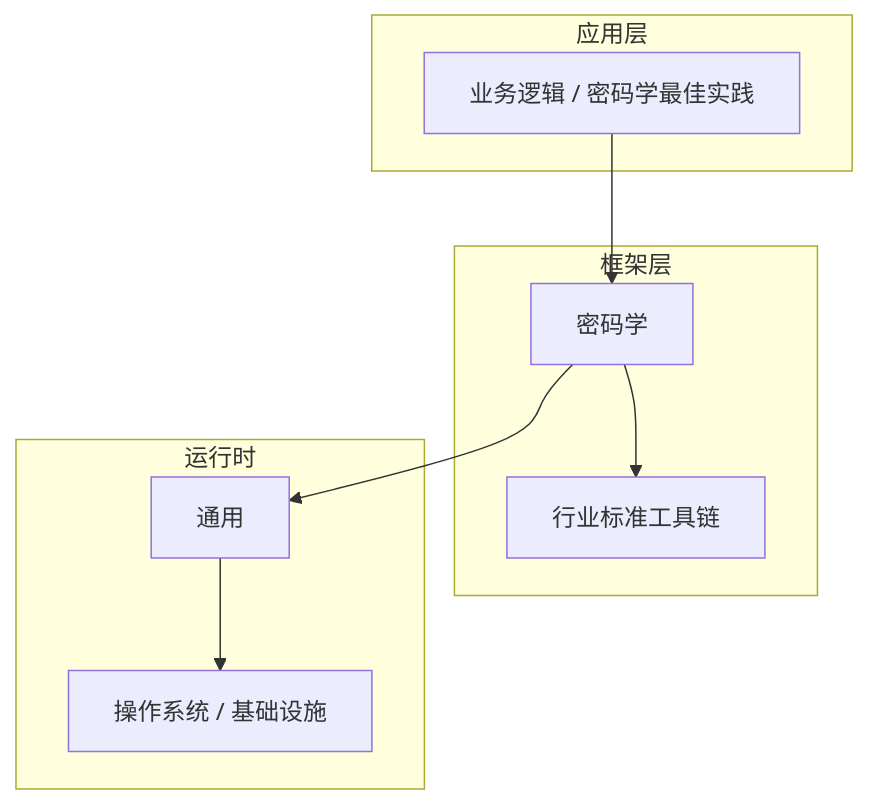
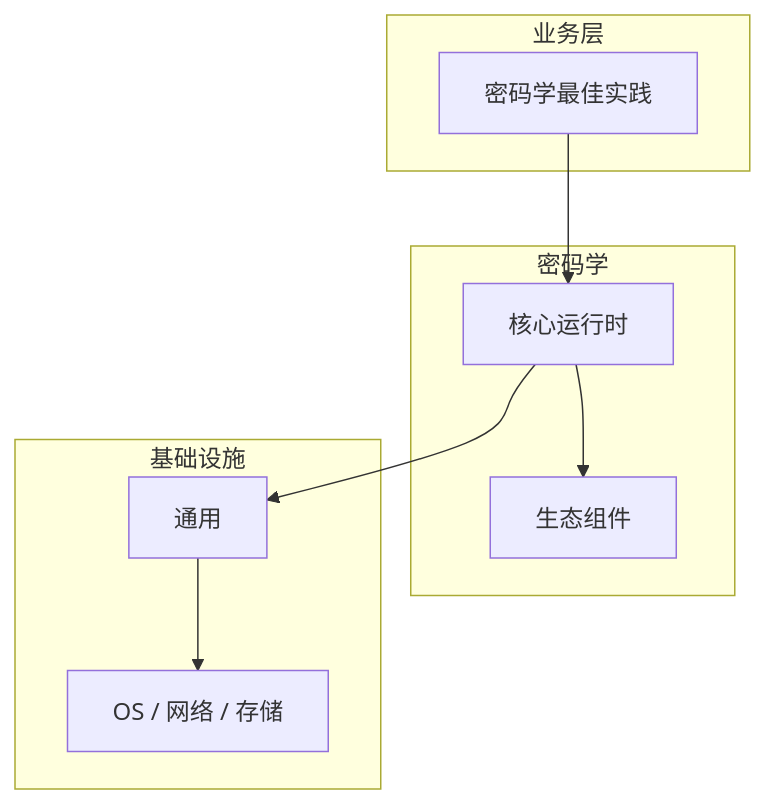
One commit to yanggan2015/knowledge-json-v2 changed the diagram in articles/密码学/chapters/096-密码学最佳实践核心概念与原理.md. Above: the diagram before and after it, drawn with Mermaid. The commit also changed other lines of this file and 10127 other files, not shown here.

````diff
--- a/articles/密码学/chapters/096-密码学最佳实践核心概念与原理.md
+++ b/articles/密码学/chapters/096-密码学最佳实践核心概念与原理.md
@@ -46,18 +35,18 @@
 ```mermaid
 graph TB
-    subgraph 应用层
-        A[业务逻辑 / 密码学最佳实践]
+    subgraph 业务层
+        A[密码学最佳实践]
     end
-    subgraph 框架层
-        B[密码学]
-        C[行业标准工具链]
+    subgraph 密码学
+        B[核心运行时]
+        C[生态组件]
     end
-    subgraph 运行时
+    subgraph 基础设施
         D[通用]
-        E[操作系统 / 基础设施]
+        E[OS / 网络 / 存储]
     end
     A --> B
     B --> C
     B --> D
     D --> E
 ```
````
